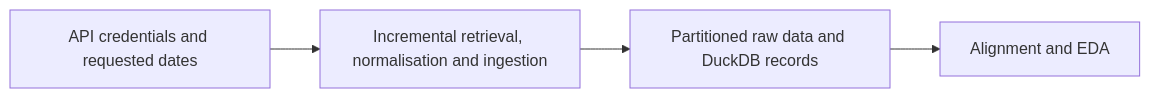
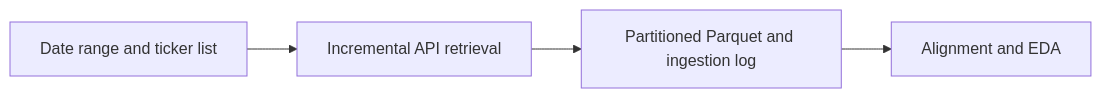
Before and after one commit to Ferreter/Dissertation: the diagram in docs/notebooks/02_massive_database_raw_retrieve.md, drawn with Mermaid. The commit also changed other lines of this file and 27 other files, not shown here.

````diff
--- a/docs/notebooks/02_massive_database_raw_retrieve.md
+++ b/docs/notebooks/02_massive_database_raw_retrieve.md
@@ -12,6 +13,6 @@
 ```mermaid
 flowchart LR
-    A["API credentials and requested dates"] --> B["Incremental retrieval, normalisation and ingestion"]
-    B --> C["Partitioned raw data and DuckDB records"]
+    A["Date range and ticker list"] --> B["Incremental API retrieval"]
+    B --> C["Partitioned Parquet and ingestion log"]
     C --> D["Alignment and EDA"]
 ```
````
